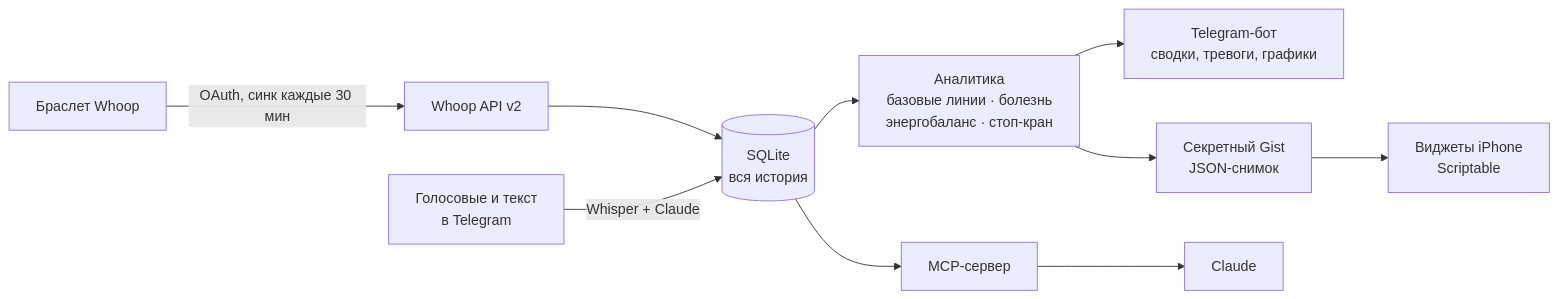
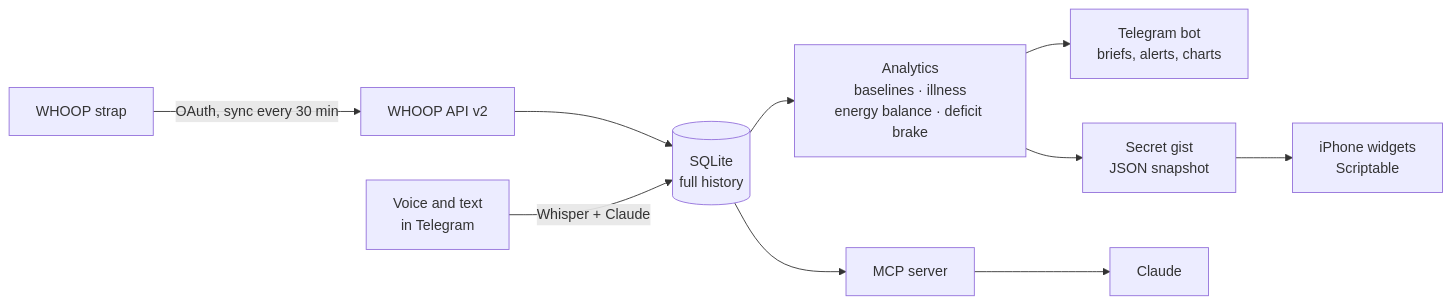
Before and after one commit to omertaevalibekai/whoop-loop: the diagram in README.md, drawn with Mermaid. The commit also changed other lines of this file, not shown here.

````diff
--- a/README.md
+++ b/README.md
@@ -85,11 +85,11 @@
 ```mermaid
 flowchart LR
-    W[Браслет Whoop] -->|OAuth, синк каждые 30 мин| API[Whoop API v2]
-    API --> DB[(SQLite<br/>вся история)]
-    V[Голосовые и текст<br/>в Telegram] -->|Whisper + Claude| DB
-    DB --> A[Аналитика<br/>базовые линии · болезнь<br/>энергобаланс · стоп-кран]
-    A --> B[Telegram-бот<br/>сводки, тревоги, графики]
-    A --> G[Секретный Gist<br/>JSON-снимок]
-    G --> S[Виджеты iPhone<br/>Scriptable]
-    DB --> M[MCP-сервер] --> C[Claude]
+    W[WHOOP strap] -->|OAuth, sync every 30 min| API[WHOOP API v2]
+    API --> DB[(SQLite<br/>full history)]
+    V[Voice and text<br/>in Telegram] -->|Whisper + Claude| DB
+    DB --> A[Analytics<br/>baselines · illness<br/>energy balance · deficit brake]
+    A --> B[Telegram bot<br/>briefs, alerts, charts]
+    A --> G[Secret gist<br/>JSON snapshot]
+    G --> S[iPhone widgets<br/>Scriptable]
+    DB --> M[MCP server] --> C[Claude]
 ```
````
